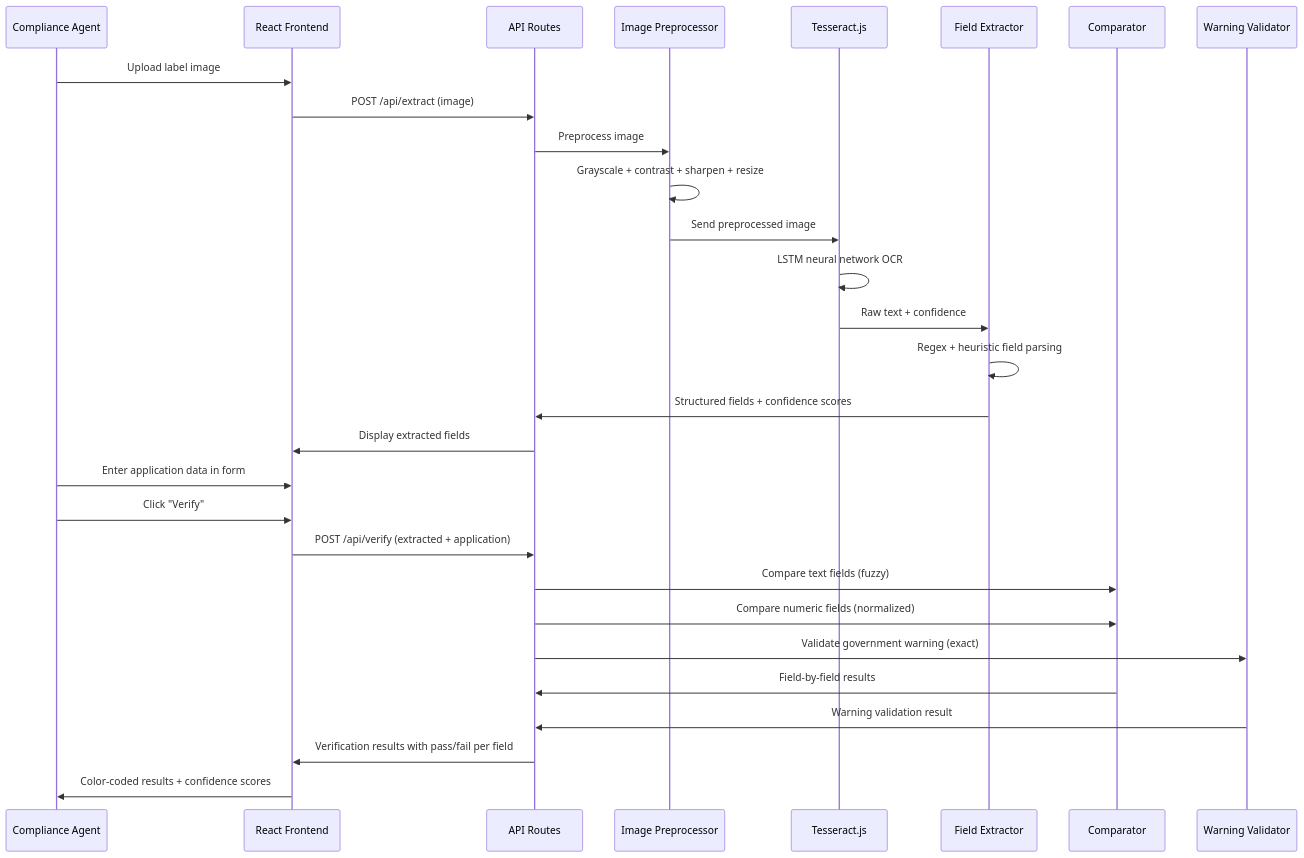
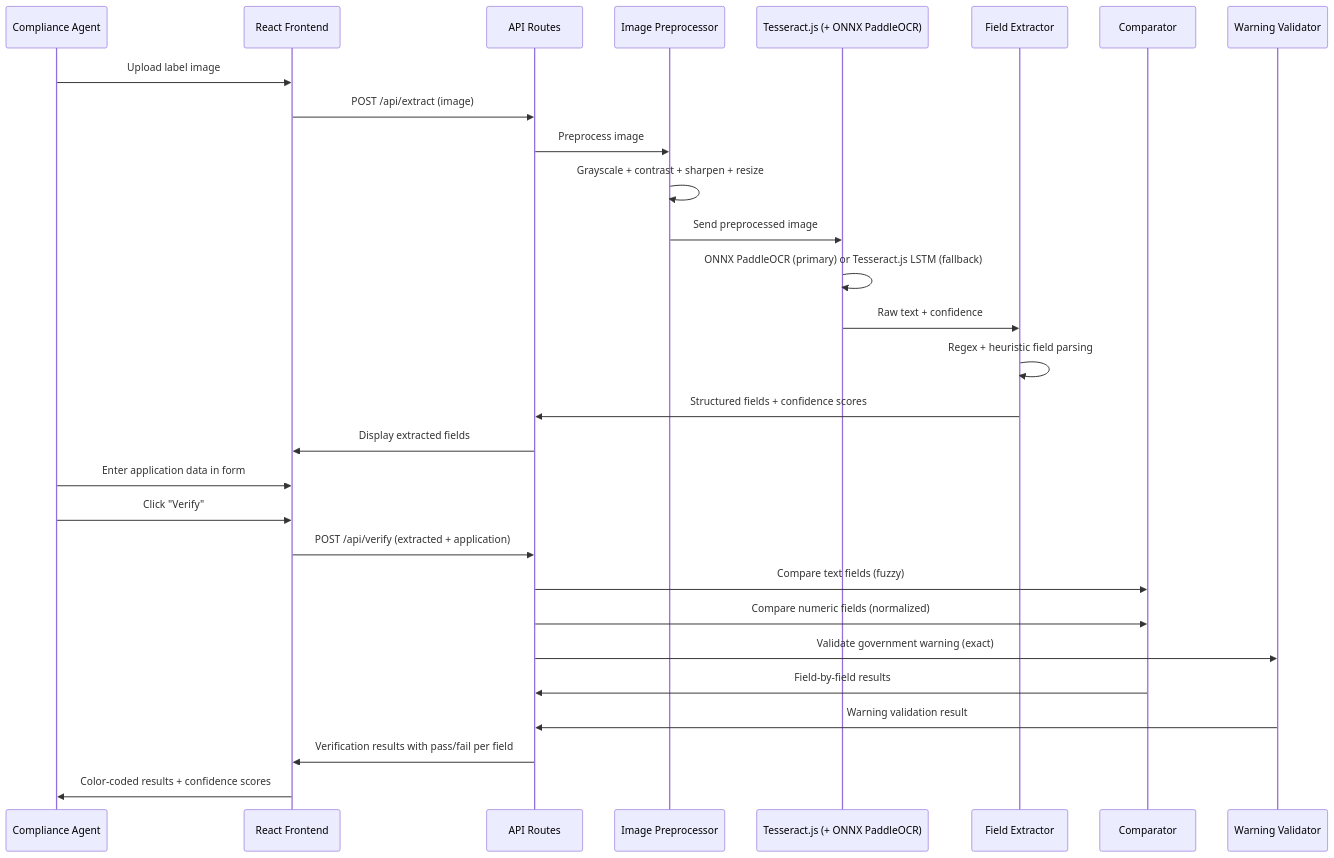
Before and after one commit to Suntek-Solutions/ttbgov: the second of 3 diagrams in docs/ARCHITECTURE.md, drawn with Mermaid. The commit also changed other lines of this file and 14 other files, not shown here.

First line of the commit message:
Add ONNX PaddleOCR as primary OCR engine (100% local, zero cloud)

````diff
--- a/docs/ARCHITECTURE.md
+++ b/docs/ARCHITECTURE.md
@@ -49,33 +49,33 @@
 ```mermaid
 sequenceDiagram
     participant Agent as Compliance Agent
     participant UI as React Frontend
     participant API as API Routes
     participant Pre as Image Preprocessor
-    participant OCR as Tesseract.js
+    participant OCR as Tesseract.js (+ ONNX PaddleOCR)
     participant Ext as Field Extractor
     participant Ver as Comparator
     participant Warn as Warning Validator
 
     Agent->>UI: Upload label image
     UI->>API: POST /api/extract (image)
     API->>Pre: Preprocess image
     Pre->>Pre: Grayscale + contrast + sharpen + resize
     Pre->>OCR: Send preprocessed image
-    OCR->>OCR: LSTM neural network OCR
+    OCR->>OCR: ONNX PaddleOCR (primary) or Tesseract.js LSTM (fallback)
     OCR->>Ext: Raw text + confidence
     Ext->>Ext: Regex + heuristic field parsing
     Ext->>API: Structured fields + confidence scores
     API->>UI: Display extracted fields
 
     Agent->>UI: Enter application data in form
     Agent->>UI: Click "Verify"
     UI->>API: POST /api/verify (extracted + application)
     API->>Ver: Compare text fields (fuzzy)
     API->>Ver: Compare numeric fields (normalized)
     API->>Warn: Validate government warning (exact)
     Ver->>API: Field-by-field results
     Warn->>API: Warning validation result
     API->>UI: Verification results with pass/fail per field
     UI->>Agent: Color-coded results + confidence scores
 ```
````
